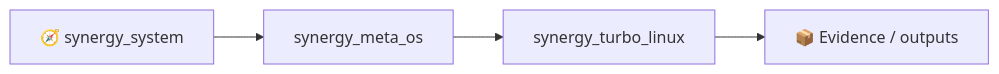
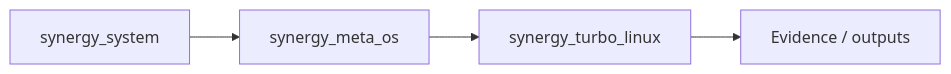
The second of 3 diagrams in README.md (Shtenco/synergy_turbo_linux), drawn with Mermaid before and after one commit. The commit also changed other lines of this file, not shown here.

````diff
--- a/README.md
+++ b/README.md
@@ -114,6 +114,6 @@
 ```mermaid
 flowchart LR
-    SYS[🧭 synergy_system] --> P[synergy_meta_os]
+    SYS[ synergy_system] --> P[synergy_meta_os]
     P --> THIS[synergy_turbo_linux]
-    THIS --> E[📦 Evidence / outputs]
+    THIS --> E[ Evidence / outputs]
 ```
````
